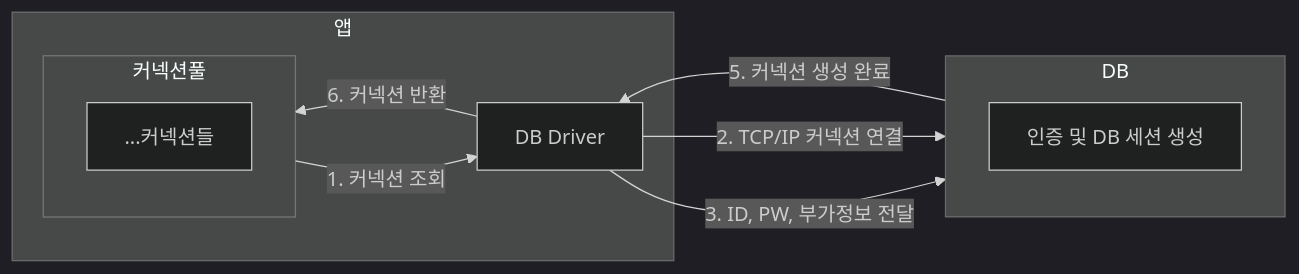
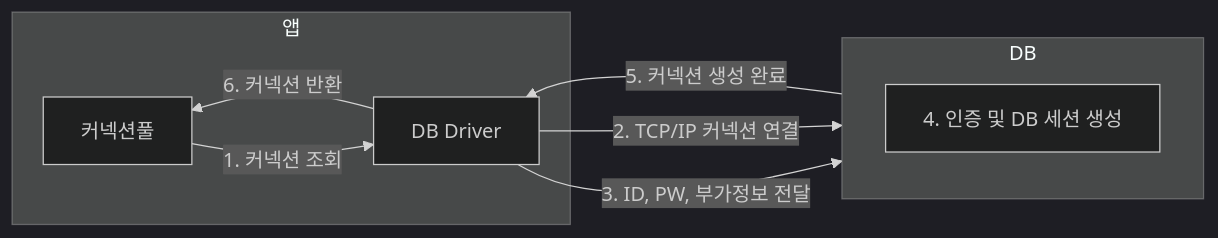
Before and after one commit to choiexe1/blog: the second of 4 diagrams in content/Resources/프로그래밍/Java/김영한의 스프링/DB 1편/2. 커넥션 풀과 데이터소스 이해.md, drawn with Mermaid (dark theme). The commit also changed other lines of this file, not shown here.

````diff
--- a/content/Resources/프로그래밍/Java/김영한의 스프링/DB 1편/2. 커넥션 풀과 데이터소스 이해.md
+++ b/content/Resources/프로그래밍/Java/김영한의 스프링/DB 1편/2. 커넥션 풀과 데이터소스 이해.md
@@ -53,20 +53,18 @@
 ```mermaid
 graph RL
 subgraph 앱
 	드라이버[DB Driver]
-	subgraph 커넥션풀
-		...커넥션들
-	end
+	커넥션풀
 end
 
 subgraph DB
-	Auth[인증 및 DB 세션 생성]
+	Auth[4. 인증 및 DB 세션 생성]
 end
 
 커넥션풀 -->|1. 커넥션 조회| 드라이버
 드라이버 -->|6. 커넥션 반환| 커넥션풀
 드라이버 -->|2. TCP/IP 커넥션 연결| DB
 드라이버 -->|3. ID, PW, 부가정보 전달| DB
 DB -->|5. 커넥션 생성 완료| 드라이버
 
 ```
````
